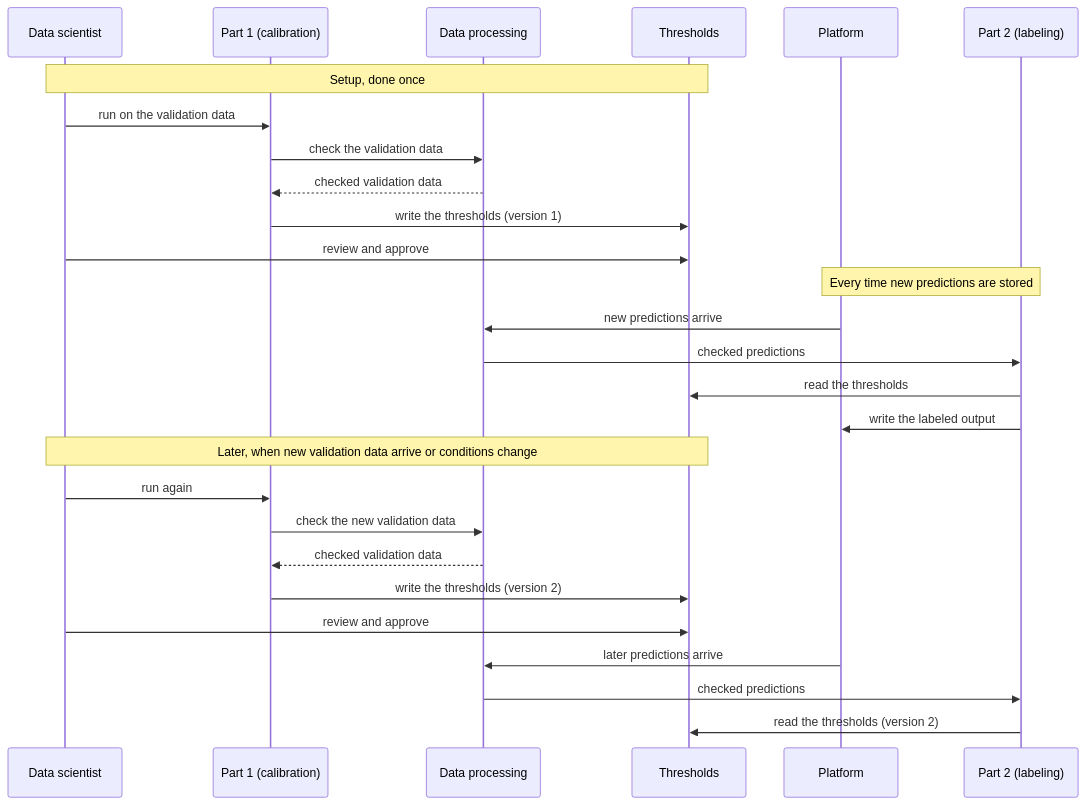
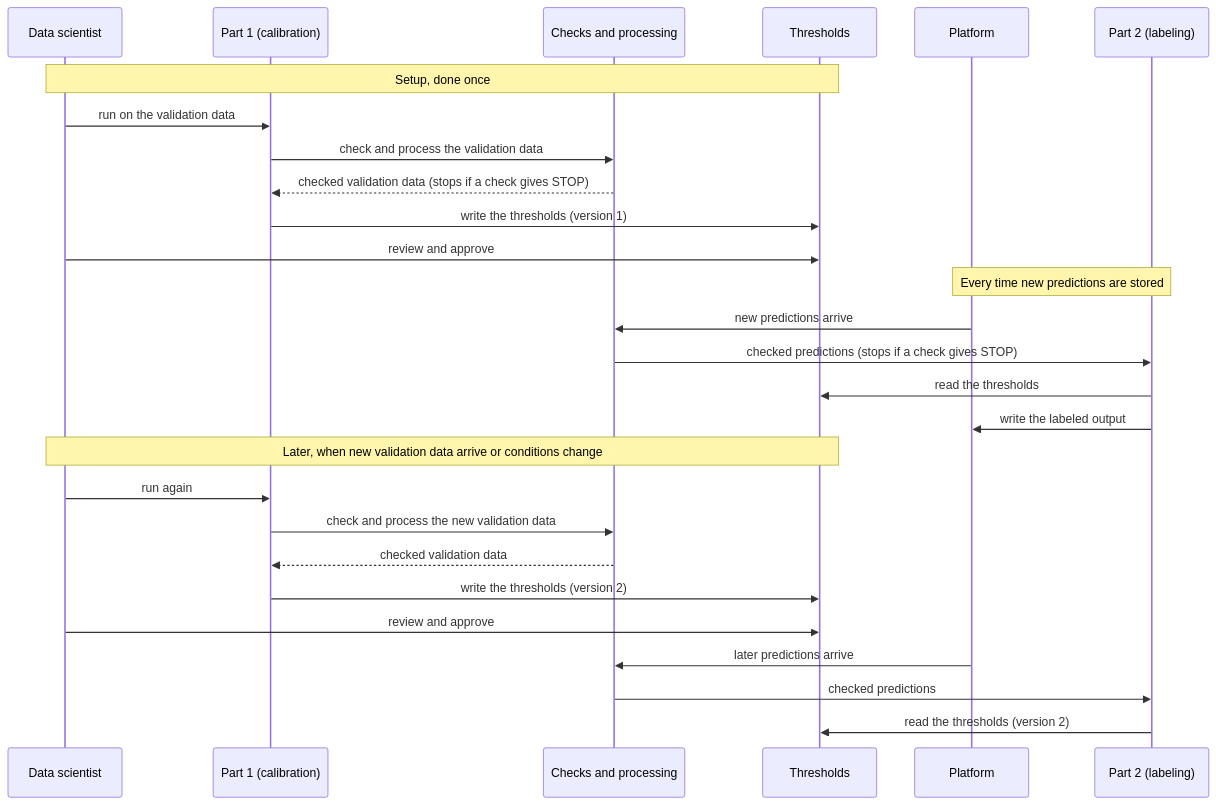
The second of 2 diagrams in Data_Birds/Tech_Requirements.md (srcohen/NS_SDS_TakeHomeProject_SCohen), drawn with Mermaid before and after one commit. The commit also changed other lines of this file and 2 other files, not shown here.

````diff
--- a/Data_Birds/Tech_Requirements.md
+++ b/Data_Birds/Tech_Requirements.md
@@ -78,32 +84,32 @@
 ```mermaid
 sequenceDiagram
     participant DS as Data scientist
     participant P1 as Part 1 (calibration)
-    participant DP as Data processing
+    participant CP as Checks and processing
     participant TH as Thresholds
     participant PL as Platform
     participant P2 as Part 2 (labeling)
 
     Note over DS,TH: Setup, done once
     DS->>P1: run on the validation data
-    P1->>DP: check the validation data
-    DP-->>P1: checked validation data
+    P1->>CP: check and process the validation data
+    CP-->>P1: checked validation data (stops if a check gives STOP)
     P1->>TH: write the thresholds (version 1)
     DS->>TH: review and approve
 
     Note over PL,P2: Every time new predictions are stored
-    PL->>DP: new predictions arrive
-    DP->>P2: checked predictions
+    PL->>CP: new predictions arrive
+    CP->>P2: checked predictions (stops if a check gives STOP)
     P2->>TH: read the thresholds
     P2->>PL: write the labeled output
 
     Note over DS,TH: Later, when new validation data arrive or conditions change
     DS->>P1: run again
-    P1->>DP: check the new validation data
-    DP-->>P1: checked validation data
+    P1->>CP: check and process the new validation data
+    CP-->>P1: checked validation data
     P1->>TH: write the thresholds (version 2)
     DS->>TH: review and approve
-    PL->>DP: later predictions arrive
-    DP->>P2: checked predictions
+    PL->>CP: later predictions arrive
+    CP->>P2: checked predictions
     P2->>TH: read the thresholds (version 2)
 ```
````
